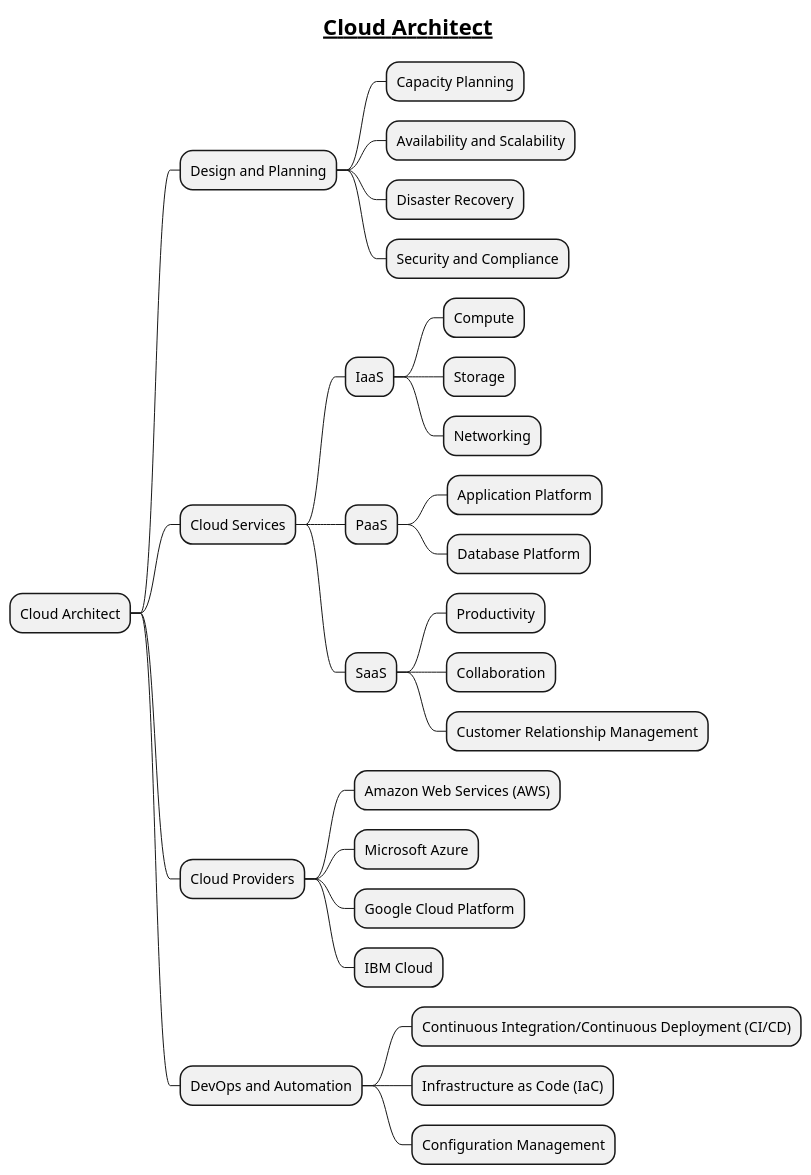
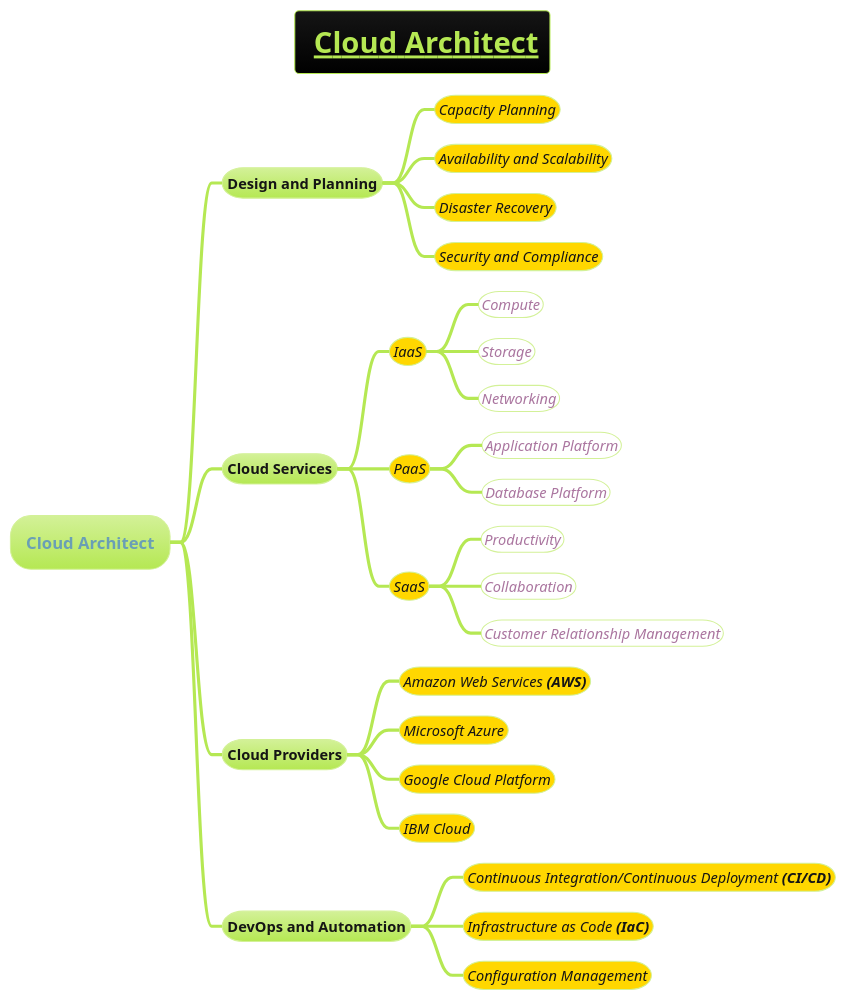
The diagram in docs/3-programming-languages/Cloud-Architect.puml (MehmoodHashmi/Documentation-as-Code-DaC), drawn with PlantUML before and after one commit. The commit also changed 4 other files, not shown here.

```diff
--- a/docs/3-programming-languages/Cloud-Architect.puml
+++ b/docs/3-programming-languages/Cloud-Architect.puml
@@ -1,31 +1,32 @@
 @startmindmap
 title =__ Cloud Architect__
+!theme hacker
 
 * Cloud Architect
 ** Design and Planning
-*** Capacity Planning
-*** Availability and Scalability
-*** Disaster Recovery
-*** Security and Compliance
+***[#gold] ====<size:14>Capacity Planning
+***[#gold] ====<size:14>Availability and Scalability
+***[#gold] ====<size:14>Disaster Recovery
+***[#gold] ====<size:14>Security and Compliance
 ** Cloud Services
-*** IaaS
-**** Compute
-**** Storage
-**** Networking
-*** PaaS
-**** Application Platform
-**** Database Platform
-*** SaaS
-**** Productivity
-**** Collaboration
-**** Customer Relationship Management
+***[#gold] ====<size:14>IaaS
+****[#white] ====<size:14>Compute
+****[#white] ====<size:14>Storage
+****[#white] ====<size:14>Networking
+***[#gold] ====<size:14>PaaS
+****[#white] ====<size:14>Application Platform
+****[#white] ====<size:14>Database Platform
+***[#gold] ====<size:14>SaaS
+****[#white] ====<size:14>Productivity
+****[#white] ====<size:14>Collaboration
+****[#white] ====<size:14>Customer Relationship Management
 ** Cloud Providers
-*** Amazon Web Services (AWS)
-*** Microsoft Azure
-*** Google Cloud Platform
-*** IBM Cloud
+***[#gold] ====<size:14>Amazon Web Services **(AWS)**
+***[#gold] ====<size:14>Microsoft Azure
+***[#gold] ====<size:14>Google Cloud Platform
+***[#gold] ====<size:14>IBM Cloud
 ** DevOps and Automation
-*** Continuous Integration/Continuous Deployment (CI/CD)
-*** Infrastructure as Code (IaC)
-*** Configuration Management
+***[#gold] ====<size:14>Continuous Integration/Continuous Deployment **(CI/CD)**
+***[#gold] ====<size:14>Infrastructure as Code **(IaC)**
+***[#gold] ====<size:14>Configuration Management
 @endmindmap
```
